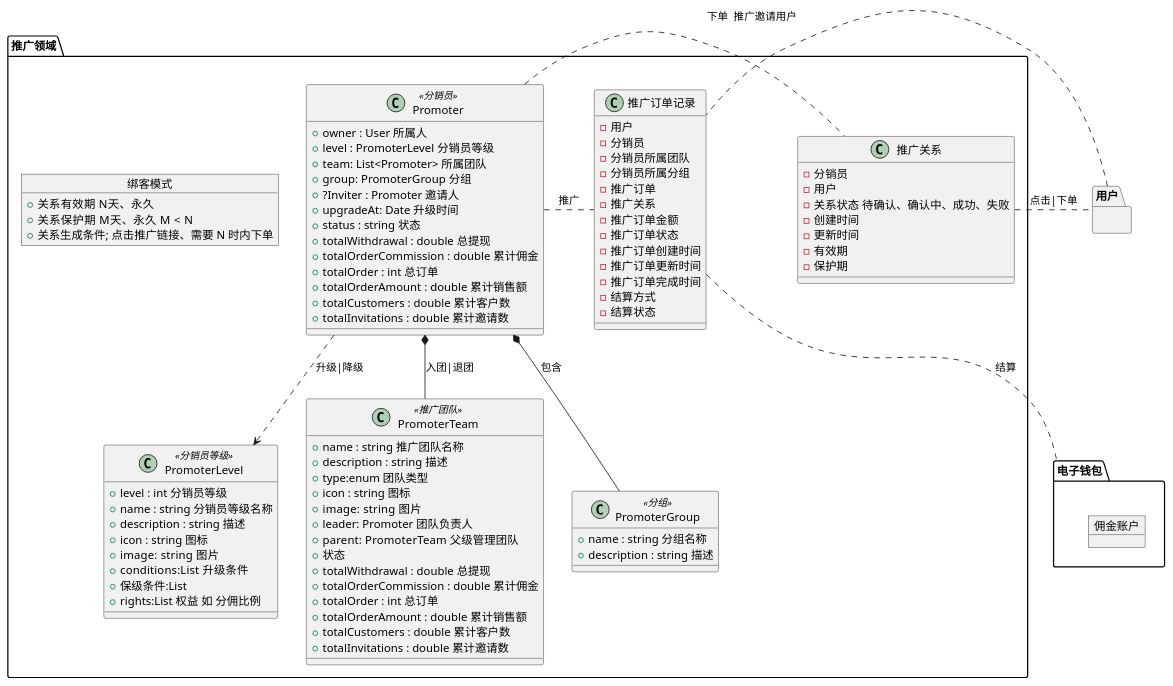
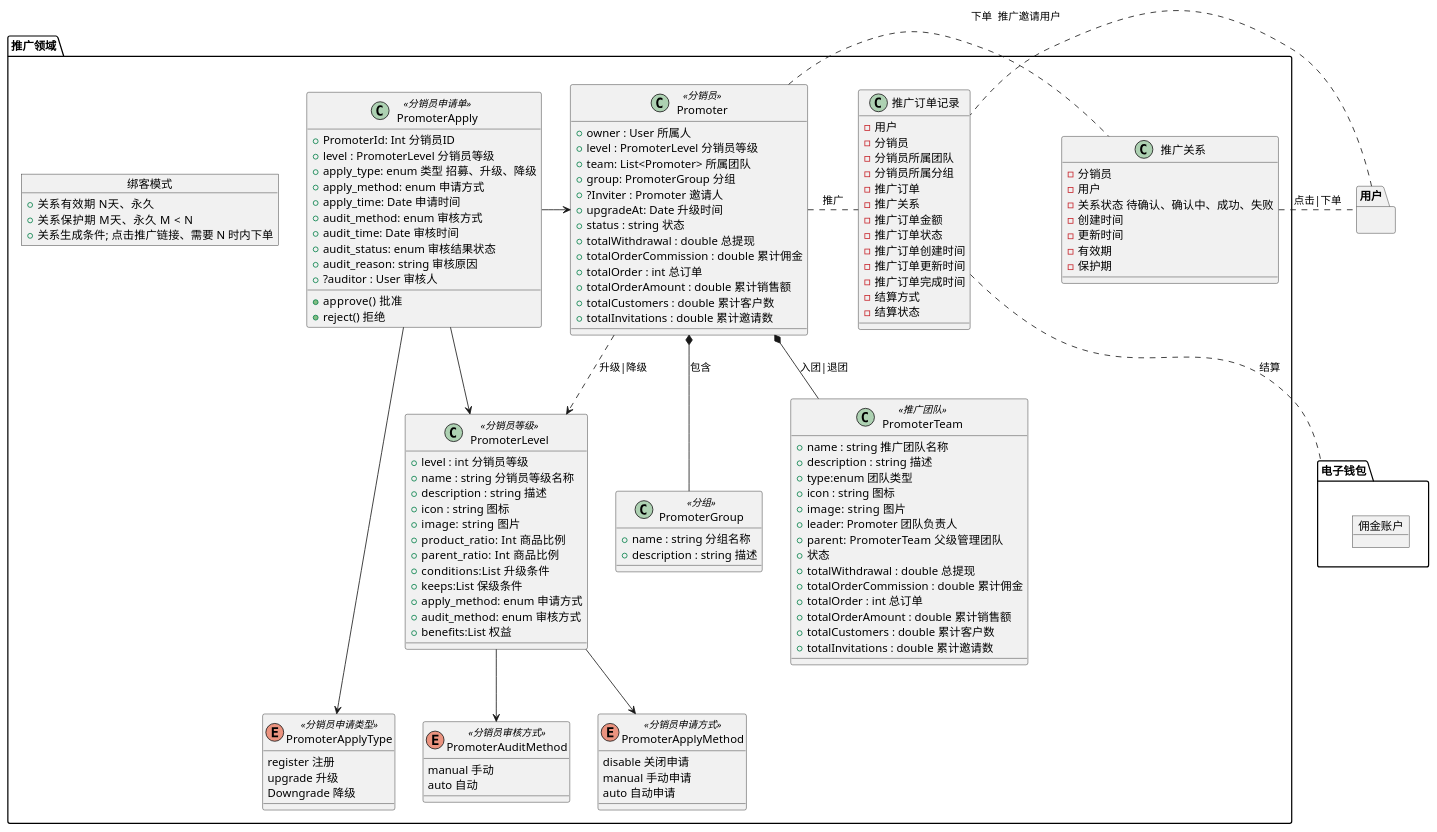
One commit to red-jasmine/framework changed the diagram in docs/distribution/distribution.puml. Above: the diagram before and after it, drawn with PlantUML. The commit also changed 38 other files, not shown here.

```diff
--- a/docs/distribution/distribution.puml
+++ b/docs/distribution/distribution.puml
@@ -1,121 +1,165 @@
 @startuml
 'https://plantuml.com/class-diagram
 
 package 推广领域{
 
 class PromoterLevel<<分销员等级>> {
 +level : int 分销员等级
 +name : string 分销员等级名称
 +description : string 描述
 +icon : string 图标
 +image:  string 图片
++product_ratio:  Int 商品比例
++parent_ratio:  Int 商品比例
 +conditions:List  升级条件
-+保级条件:List
-+rights:List 权益 如 分佣比例
++keeps:List 保级条件
++apply_method: enum 申请方式
++audit_method: enum 审核方式
++benefits:List 权益
 }
+
+
+enum PromoterApplyMethod <<分销员申请方式>>{
+disable 关闭申请
+manual 手动申请
+auto 自动申请
+
+}
+
+enum PromoterAuditMethod <<分销员审核方式>>{
+manual 手动
+auto 自动
+
+}
+PromoterLevel --> PromoterApplyMethod
+PromoterLevel --> PromoterAuditMethod
 class PromoterTeam<<推广团队>>{
 +name : string 推广团队名称
 +description : string 描述
 +type:enum 团队类型
 +icon : string 图标
 +image:  string 图片
 +leader: Promoter 团队负责人
 + parent:  PromoterTeam 父级管理团队
 + 状态
 + totalWithdrawal : double 总提现
 + totalOrderCommission : double 累计佣金
 + totalOrder : int 总订单
 + totalOrderAmount : double 累计销售额
 + totalCustomers : double 累计客户数
 + totalInvitations : double 累计邀请数
 }
 
 class PromoterGroup<<分组>>{
 +name : string 分组名称
 + description : string 描述
 }
 
 class Promoter<<分销员>> {
 + owner : User 所属人
 + level : PromoterLevel 分销员等级
 + team: List<Promoter> 所属团队
 + group: PromoterGroup 分组
 + ?Inviter : Promoter 邀请人
 + upgradeAt: Date 升级时间
 + status : string 状态
 + totalWithdrawal : double 总提现
 + totalOrderCommission : double 累计佣金
 + totalOrder : int 总订单
 + totalOrderAmount : double 累计销售额
 + totalCustomers : double 累计客户数
 + totalInvitations : double 累计邀请数
 }
 
 
+class PromoterApply <<分销员申请单>>{
++PromoterId: Int 分销员ID
++level : PromoterLevel 分销员等级
++apply_type: enum 类型 招募、升级、降级
++apply_method: enum 申请方式
++apply_time: Date 申请时间
++audit_method: enum 审核方式
++audit_time: Date 审核时间
++audit_status: enum 审核结果状态
++audit_reason: string 审核原因
++?auditor : User 审核人
+
++ approve()  批准
++ reject() 拒绝
+}
+
+enum PromoterApplyType <<分销员申请类型>>{
+register 注册
+upgrade 升级
+Downgrade 降级
+}
+PromoterApply ---> PromoterApplyType
+PromoterApply -> Promoter
+PromoterApply -> PromoterLevel
 class 推广关系{
 - 分销员
 - 用户
 - 关系状态 待确认、确认中、成功、失败
 - 创建时间
 - 更新时间
 - 有效期
 - 保护期
 }
 
 class  推广订单记录{
 - 用户
 - 分销员
 - 分销员所属团队
 - 分销员所属分组
 - 推广订单
 - 推广关系
 - 推广订单金额
 - 推广订单状态
 - 推广订单创建时间
 - 推广订单更新时间
 - 推广订单完成时间
 - 结算方式
 - 结算状态
 }
 
 
 
 
 object 绑客模式{
 +关系有效期  N天、永久
 +关系保护期  M天、永久  M < N
 +关系生成条件; 点击推广链接、需要 N 时内下单
 }
 
 
 
 Promoter *-- PromoterTeam:入团|退团
 
 Promoter *-- PromoterGroup:包含
 
 Promoter ..> PromoterLevel:升级|降级
 
 Promoter . 推广关系:推广邀请用户
 Promoter . 推广订单记录:推广
 
 
 }
 用户 . 推广订单记录:下单
 推广关系 . 用户:点击|下单
 
 推广订单记录 .. 电子钱包:结算
 package 用户{
 
 }
 
 package 电子钱包{
 
 object 佣金账户{
 }
 }
 
 
 
 
 
 @enduml
```
